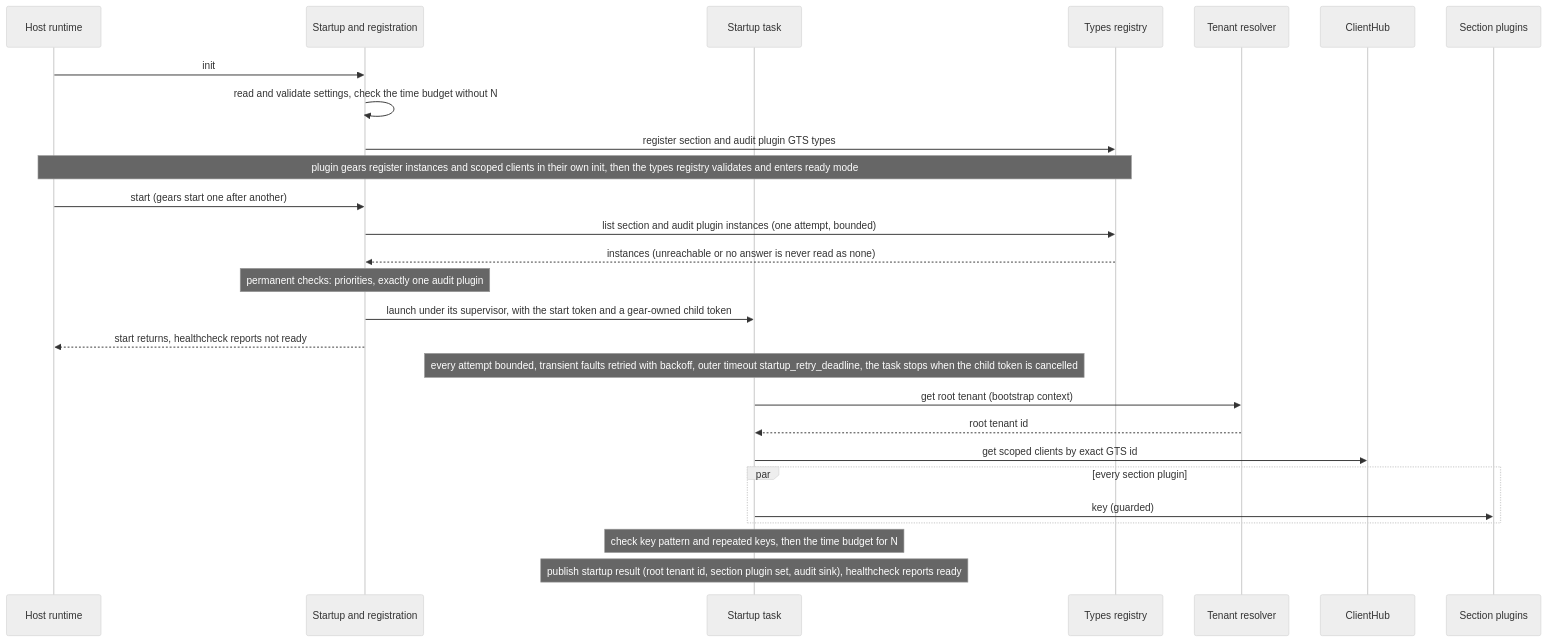
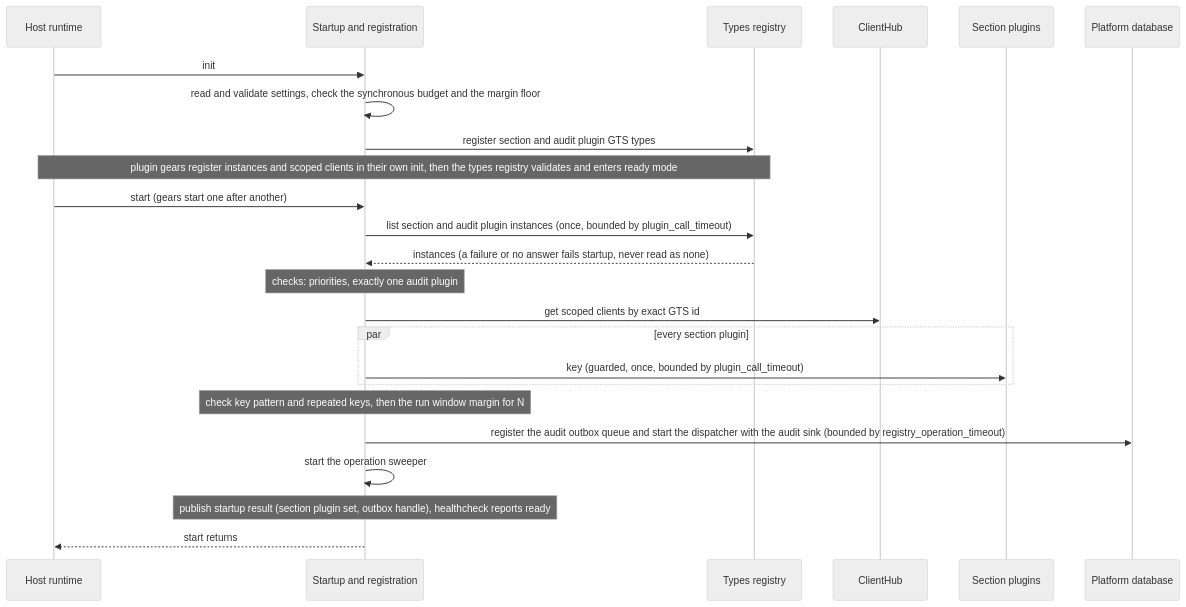
The fourth of 12 diagrams in gears/system/application-manager/docs/DESIGN.md (constructorfabric/gears-rust), drawn with Mermaid (neutral theme) before and after one commit. The commit also changed other lines of this file and 8 other files, not shown here.

````diff
--- a/gears/system/application-manager/docs/DESIGN.md
+++ b/gears/system/application-manager/docs/DESIGN.md
@@ -962,29 +1077,26 @@
 ```mermaid
 sequenceDiagram
     participant RT as Host runtime
     participant ST as Startup and registration
-    participant TK as Startup task
     participant TY as Types registry
-    participant TN as Tenant resolver
     participant HUB as ClientHub
     participant SP as Section plugins
+    participant DB as Platform database
     RT ->> ST: init
-    ST ->> ST: read and validate settings, check the time budget without N
+    ST ->> ST: read and validate settings, check the synchronous budget and the margin floor
     ST ->> TY: register section and audit plugin GTS types
     Note over RT,TY: plugin gears register instances and scoped clients in their own init, then the types registry validates and enters ready mode
     RT ->> ST: start (gears start one after another)
-    ST ->> TY: list section and audit plugin instances (one attempt, bounded)
-    TY -->> ST: instances (unreachable or no answer is never read as none)
-    Note over ST: permanent checks: priorities, exactly one audit plugin
-    ST ->> TK: launch under its supervisor, with the start token and a gear-owned child token
-    ST -->> RT: start returns, healthcheck reports not ready
-    Note over TK: every attempt bounded, transient faults retried with backoff, outer timeout startup_retry_deadline, the task stops when the child token is cancelled
-    TK ->> TN: get root tenant (bootstrap context)
-    TN -->> TK: root tenant id
-    TK ->> HUB: get scoped clients by exact GTS id
+    ST ->> TY: list section and audit plugin instances (once, bounded by plugin_call_timeout)
+    TY -->> ST: instances (a failure or no answer fails startup, never read as none)
+    Note over ST: checks: priorities, exactly one audit plugin
+    ST ->> HUB: get scoped clients by exact GTS id
     par every section plugin
-        TK ->> SP: key (guarded)
+        ST ->> SP: key (guarded, once, bounded by plugin_call_timeout)
     end
-    Note over TK: check key pattern and repeated keys, then the time budget for N
-    Note over TK: publish startup result (root tenant id, section plugin set, audit sink), healthcheck reports ready
+    Note over ST: check key pattern and repeated keys, then the run window margin for N
+    ST ->> DB: register the audit outbox queue and start the dispatcher with the audit sink (bounded by registry_operation_timeout)
+    ST ->> ST: start the operation sweeper
+    Note over ST: publish startup result (section plugin set, outbox handle), healthcheck reports ready
+    ST -->> RT: start returns
 ```
````
